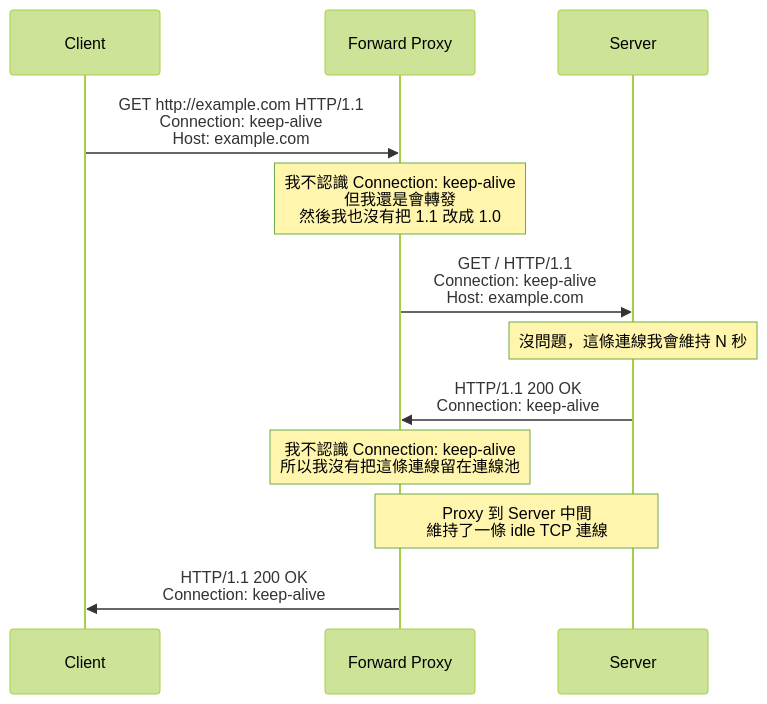
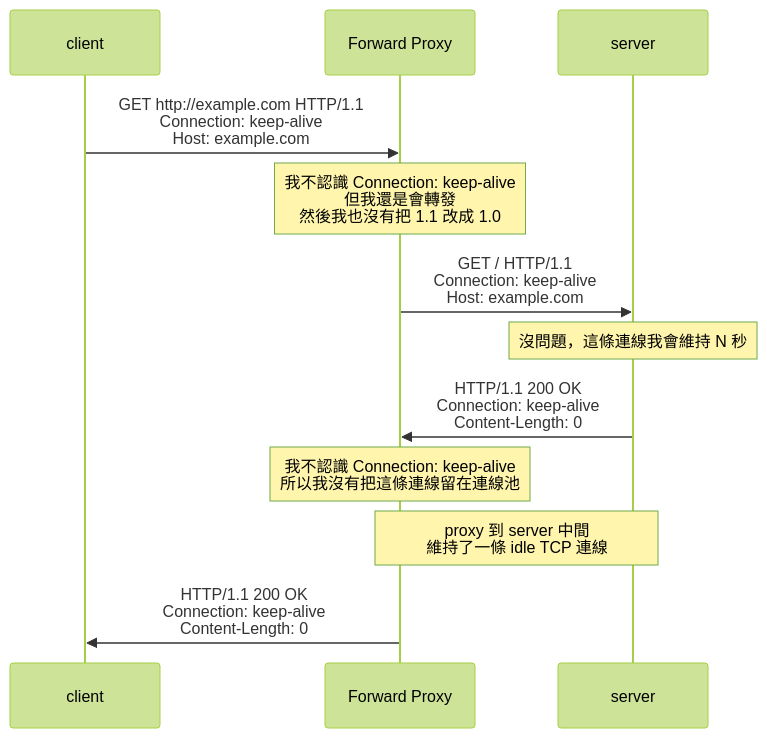
The sixth of 8 diagrams in docs/nodejs/http_proxy.md (samuel871211/yusheng-tech-blog), drawn with Mermaid (forest theme) before and after one commit. The commit also changed other lines of this file and 2 other files, not shown here.

Commit message:
http_proxy

````diff
--- a/docs/nodejs/http_proxy.md
+++ b/docs/nodejs/http_proxy.md
@@ -228,15 +227,15 @@
 ```mermaid
 sequenceDiagram
-  participant C as Client
+  participant C as client
   participant P as Forward Proxy
-  participant S as Server
+  participant S as server
 
   C ->> P: GET http://example.com HTTP/1.1<br/>Connection: keep-alive<br/>Host: example.com
   Note Over P: 我不認識 Connection: keep-alive<br/>但我還是會轉發<br/>然後我也沒有把 1.1 改成 1.0
   P ->> S: GET / HTTP/1.1<br/>Connection: keep-alive<br/>Host: example.com
   Note Over S: 沒問題，這條連線我會維持 N 秒
-  S ->> P: HTTP/1.1 200 OK<br/>Connection: keep-alive
+  S ->> P: HTTP/1.1 200 OK<br/>Connection: keep-alive<br/>Content-Length: 0
   Note Over P: 我不認識 Connection: keep-alive<br/>所以我沒有把這條連線留在連線池
-  Note Over P, S: Proxy 到 Server 中間<br/>維持了一條 idle TCP 連線
-  P ->> C: HTTP/1.1 200 OK<br/>Connection: keep-alive
+  Note Over P, S: proxy 到 server 中間<br/>維持了一條 idle TCP 連線
+  P ->> C: HTTP/1.1 200 OK<br/>Connection: keep-alive<br/>Content-Length: 0
 ```
````
